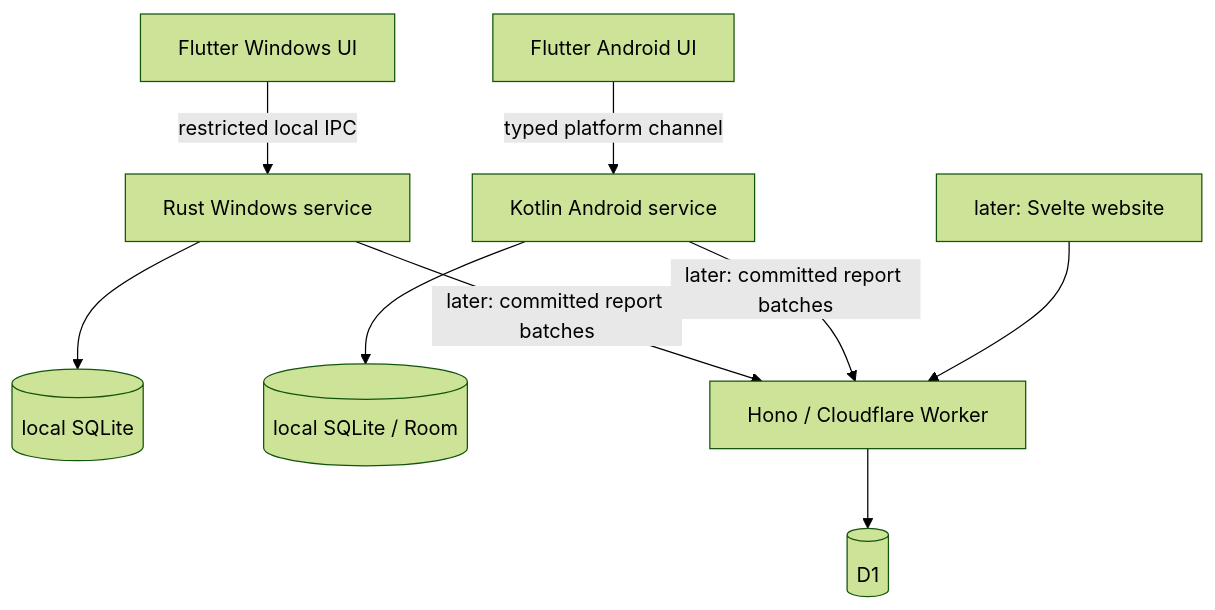
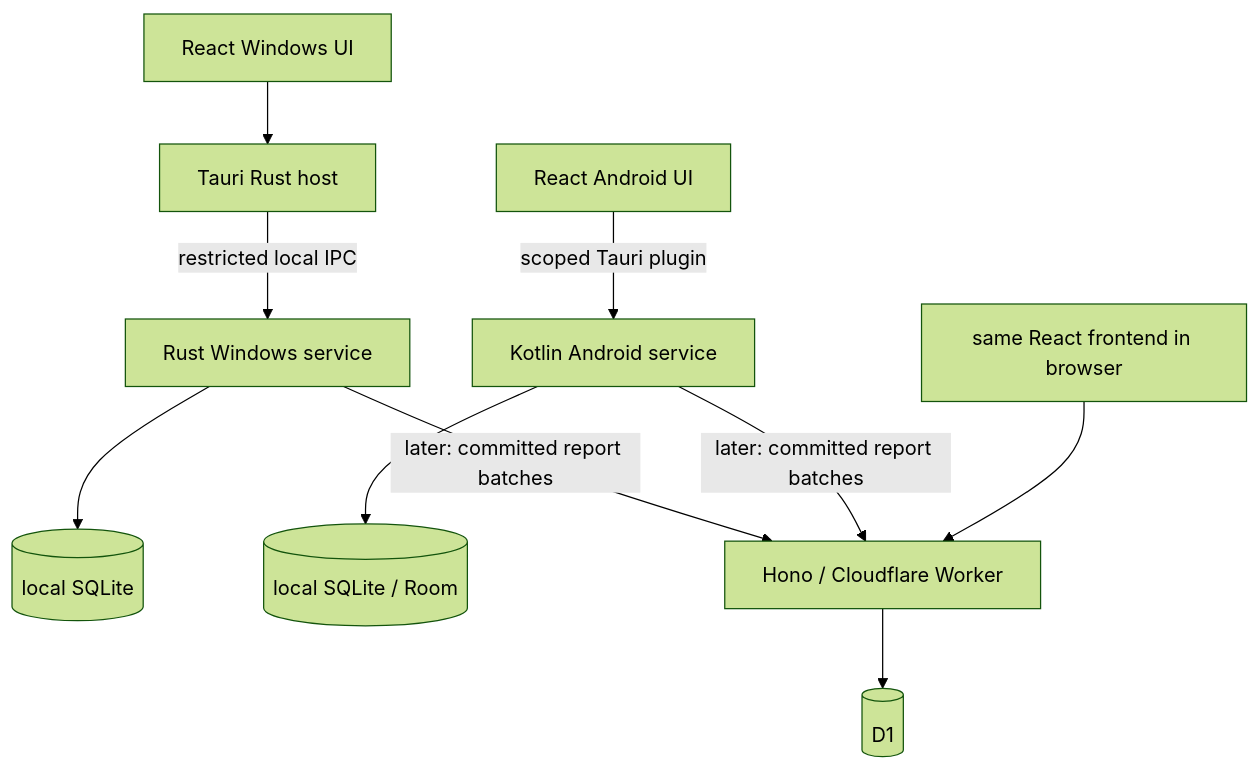
The diagram in docs/ARCHITECTURE.md (Lord-Labs/NetScope), drawn with Mermaid (forest theme) before and after one commit. The commit also changed other lines of this file and 129 other files, not shown here.

Commit message:
feat: migrate complete foundation and roadmap to React and Tauri (#32)

````diff
--- a/docs/ARCHITECTURE.md
+++ b/docs/ARCHITECTURE.md
@@ -10,11 +10,12 @@
 ```mermaid
 flowchart TD
-  FW[Flutter Windows UI] -->|restricted local IPC| WC[Rust Windows service]
-  FA[Flutter Android UI] -->|typed platform channel| AC[Kotlin Android service]
+  FW[React Windows UI] --> TH[Tauri Rust host]
+  TH -->|restricted local IPC| WC[Rust Windows service]
+  FA[React Android UI] -->|scoped Tauri plugin| AC[Kotlin Android service]
   WC --> WL[(local SQLite)]
   AC --> AL[(local SQLite / Room)]
   WC -->|later: committed report batches| API[Hono / Cloudflare Worker]
   AC -->|later: committed report batches| API
-  WEB[later: Svelte website] --> API
+  WEB[same React frontend in browser] --> API
   API --> DB[(D1)]
 ```
````
